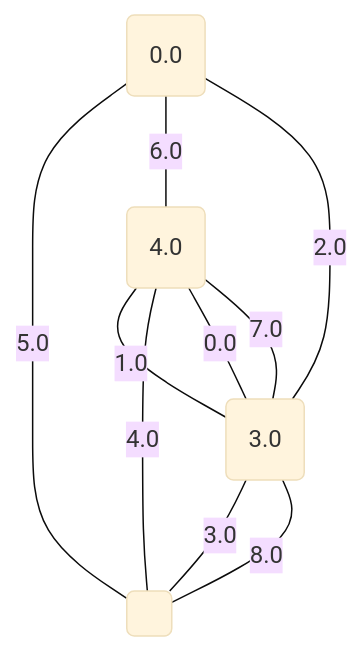
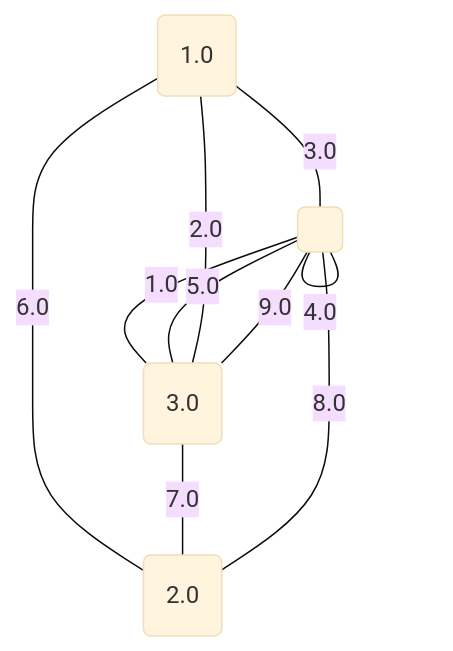
Before and after one commit to metury/graphs: diagram 13 of 17 in project/src/testing/minCutPetersen.md, drawn with Mermaid (base theme). The commit also changed other lines of this file and 52 other files, not shown here.

````diff
--- a/project/src/testing/minCutPetersen.md
+++ b/project/src/testing/minCutPetersen.md
@@ -335,16 +335,16 @@
 ```mermaid
 graph TD;
-0("0.0");
-1("3.0");
-2("4.0");
+0("1.0");
+1("2.0");
+2("3.0");
 3(" ");
-	1 -- "0.0" --- 2;
-	2 -- "1.0" --- 1;
-	1 -- "2.0" --- 0;
-	1 -- "3.0" --- 3;
-	2 -- "4.0" --- 3;
-	0 -- "5.0" --- 3;
-	0 -- "6.0" --- 2;
-	1 -- "7.0" --- 2;
-	1 -- "8.0" --- 3;
+	3 -- "1.0" --- 2;
+	2 -- "2.0" --- 0;
+	0 -- "3.0" --- 3;
+	3 -- "4.0" --- 3;
+	3 -- "5.0" --- 2;
+	0 -- "6.0" --- 1;
+	2 -- "7.0" --- 1;
+	3 -- "8.0" --- 1;
+	2 -- "9.0" --- 3;
 ```
````
